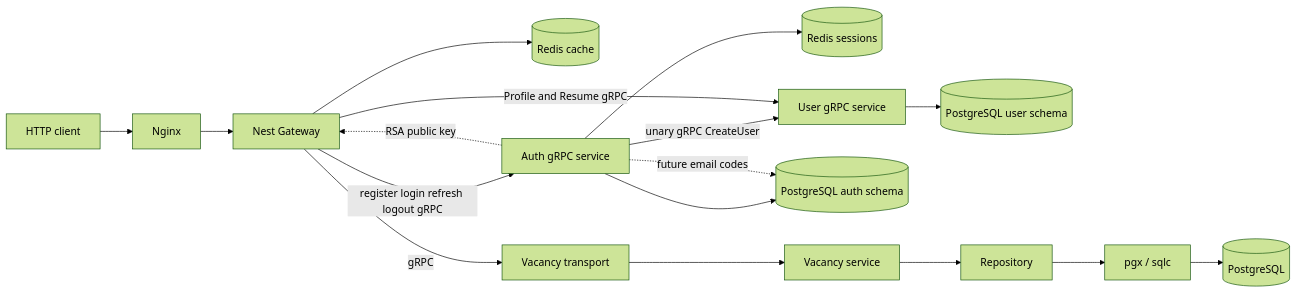
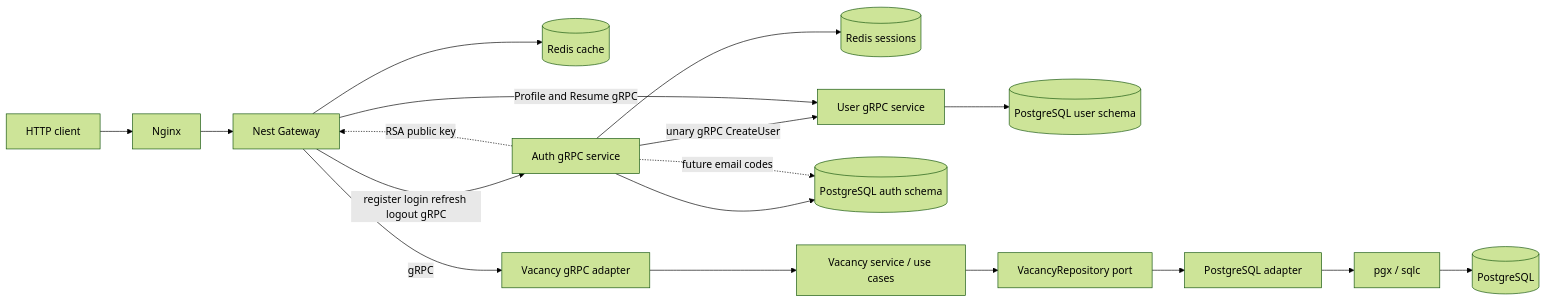
The diagram in README.md (AndreyPiganov/Job_Agregator), drawn with Mermaid (forest theme) before and after one commit. The commit also changed other lines of this file and 80 other files, not shown here.

Commit message:
refactoring vacancy service

````diff
--- a/README.md
+++ b/README.md
@@ -53,19 +51,20 @@
 ```mermaid
 flowchart LR
     Client[HTTP client] --> Nginx[Nginx]
     Nginx --> Gateway[Nest Gateway]
     Gateway --> Redis[(Redis cache)]
     Gateway -->|register login refresh logout gRPC| Auth[Auth gRPC service]
     Auth -. RSA public key .-> Gateway
     Auth --> AuthRedis[(Redis sessions)]
     Auth -->|unary gRPC CreateUser| UserService[User gRPC service]
     Gateway -->|Profile and Resume gRPC| UserService
     UserService --> UserDB[(PostgreSQL user schema)]
     Auth --> AuthDB[(PostgreSQL auth schema)]
     Auth -. future email codes .-> AuthDB
-    Gateway -->|gRPC| Handler[Vacancy transport]
-    Handler --> Service[Vacancy service]
-    Service --> Repository[Repository]
+    Gateway -->|gRPC| Handler[Vacancy gRPC adapter]
+    Handler --> Service[Vacancy service / use cases]
+    Service --> Port[VacancyRepository port]
+    Port --> Repository[PostgreSQL adapter]
     Repository --> SQLC[pgx / sqlc]
     SQLC --> PostgreSQL[(PostgreSQL)]
 ```
````
